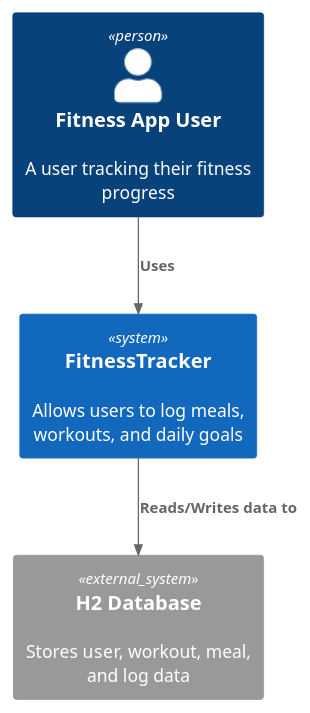
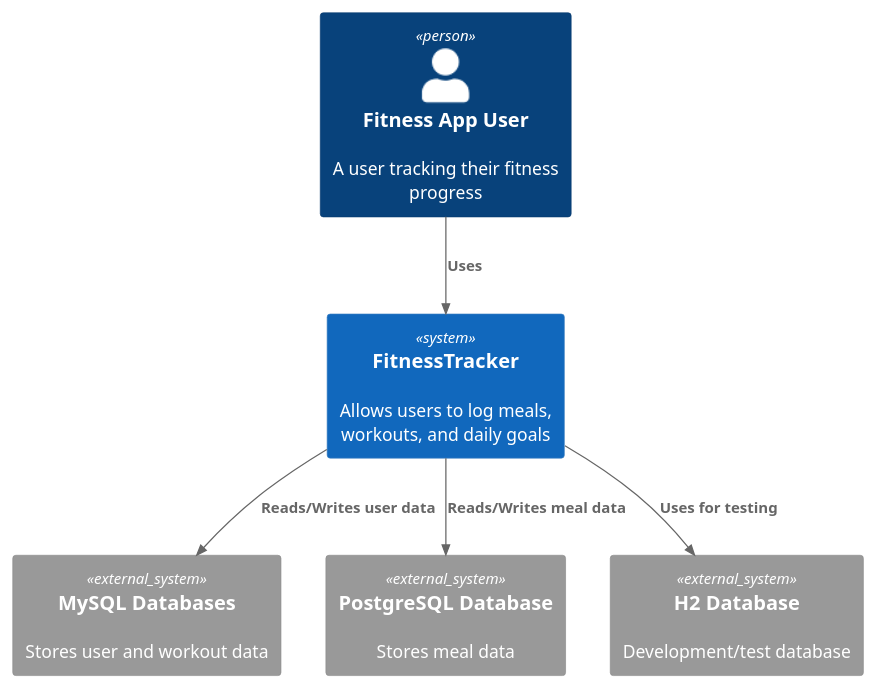
Before and after one commit to wolvy27/fitness-tracker: the diagram in design/c4_l1_fitnesstracker.puml, drawn with PlantUML.

```diff
--- a/design/c4_l1_fitnesstracker.puml
+++ b/design/c4_l1_fitnesstracker.puml
@@ -1,13 +1,17 @@
 @startuml C4_Level1_FitnessTracker
 !include https://raw.githubusercontent.com/plantuml-stdlib/C4-PlantUML/master/C4_Context.puml
 
 Person(user, "Fitness App User", "A user tracking their fitness progress")
 
 System(fitnessApp, "FitnessTracker", "Allows users to log meals, workouts, and daily goals")
 
-System_Ext(database, "H2 Database", "Stores user, workout, meal, and log data")
+System_Ext(mysqlDb, "MySQL Databases", "Stores user and workout data")
+System_Ext(postgresDb, "PostgreSQL Database", "Stores meal data")
+System_Ext(h2Db, "H2 Database", "Development/test database")
 
 Rel(user, fitnessApp, "Uses")
-Rel(fitnessApp, database, "Reads/Writes data to")
+Rel(fitnessApp, mysqlDb, "Reads/Writes user data")
+Rel(fitnessApp, postgresDb, "Reads/Writes meal data")
+Rel(fitnessApp, h2Db, "Uses for testing")
 
 @enduml
```
